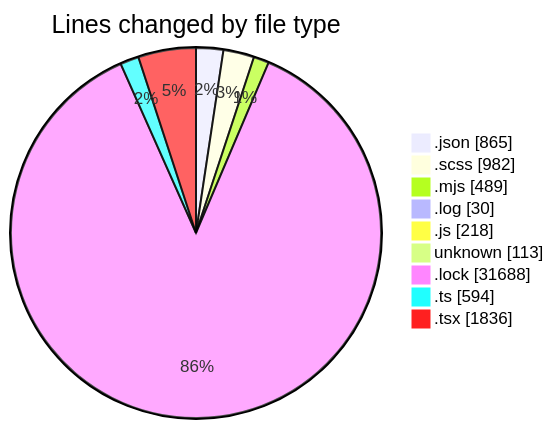
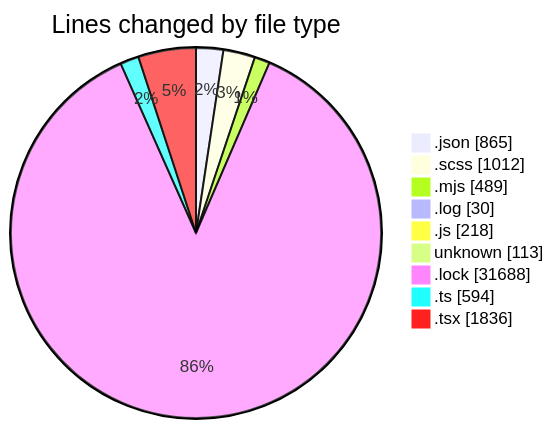
One commit to momahboobian/code-tracking changed the first of 2 diagrams in 2026-08-12/cda/README.md. Above: the diagram before and after it, drawn with Mermaid. The commit also changed other lines of this file and 1 other file, not shown here.

````diff
--- a/2026-08-12/cda/README.md
+++ b/2026-08-12/cda/README.md
@@ -57,13 +57,13 @@
 ```mermaid
 pie showData
 title Lines changed by file type
 ".json" : 865
-".scss" : 982
+".scss" : 1012
 ".mjs" : 489
 ".log" : 30
 ".js" : 218
 "unknown" : 113
 ".lock" : 31688
 ".ts" : 594
 ".tsx" : 1836
 ```
````
